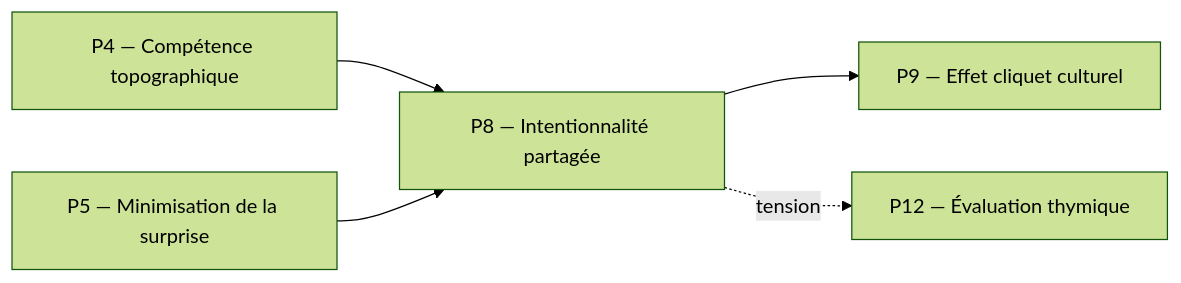
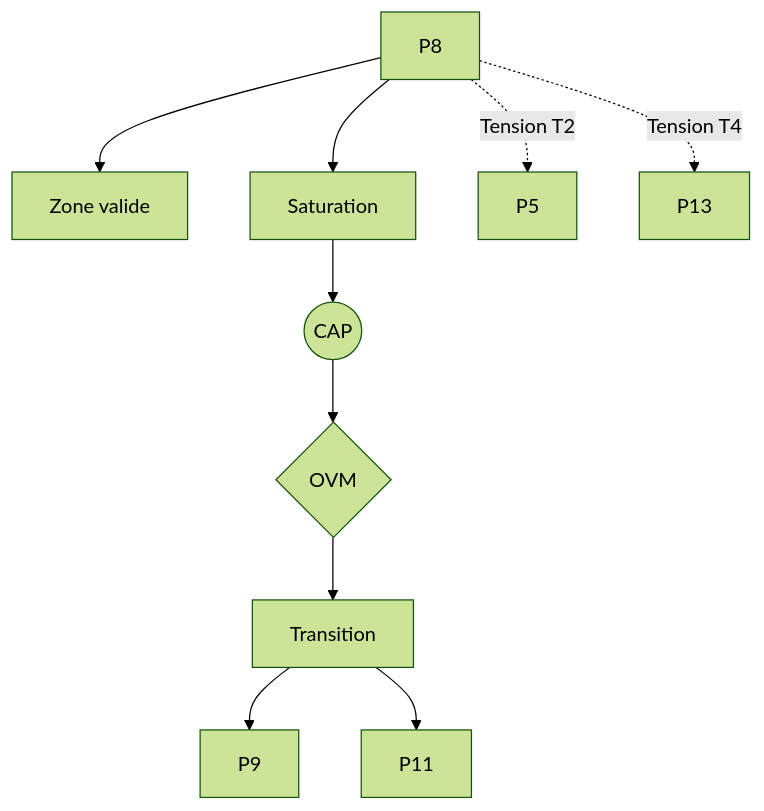
Before and after one commit to newgeko/protokin: the diagram in piliers/P8_intentionnalite_partagee_tomasello.md, drawn with Mermaid (forest theme). The commit also changed other lines of this file, not shown here.

````diff
--- a/piliers/P8_intentionnalite_partagee_tomasello.md
+++ b/piliers/P8_intentionnalite_partagee_tomasello.md
@@ -51,10 +313,18 @@
 ```mermaid
-graph LR
-    P8[P8 — Intentionnalité partagée]
+graph TD
 
-    P4[P4 — Compétence topographique] --> P8
-    P5[P5 — Minimisation de la surprise] --> P8
-    P8 --> P9[P9 — Effet cliquet culturel]
-    P8 -. tension .-> P12[P12 — Évaluation thymique]
+P[P8]
 
+P --> V[Zone valide]
+P --> S[Saturation]
+
+S --> CAP((CAP))
+CAP --> OVM{OVM}
+OVM --> T[Transition]
+
+T --> P9[P9]
+T --> P11[P11]
+
+P -. Tension T2 .-> P5[P5]
+P -. Tension T4 .-> P13[P13]
 ```
````
